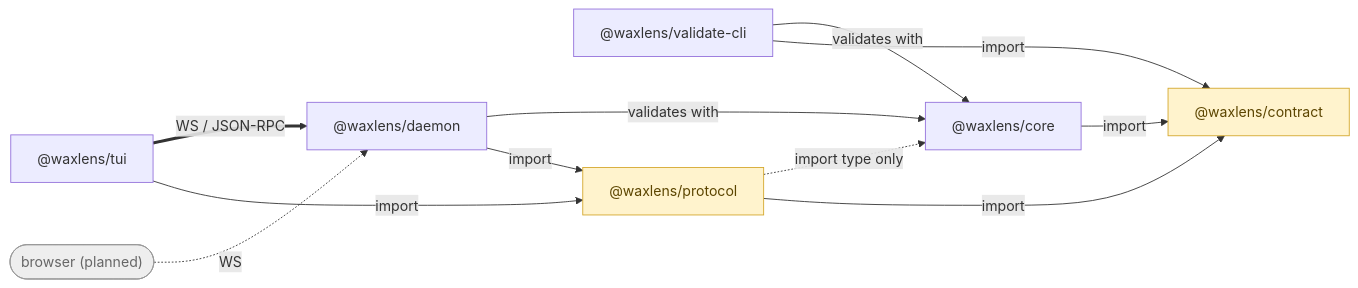
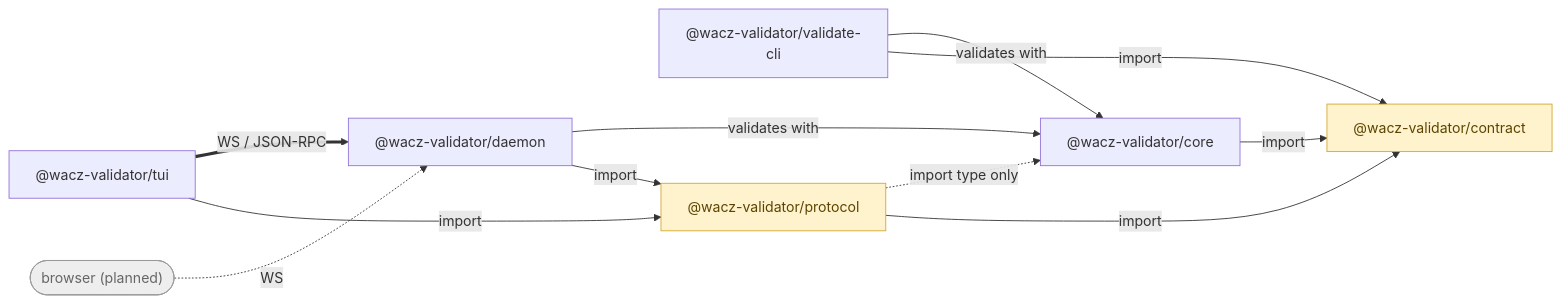
The diagram in docs-site/src/content/docs/architecture.md (uraitakahito/waxlens), drawn with Mermaid before and after one commit. The commit also changed other lines of this file and 118 other files, not shown here.

First line of the commit message:
rename: waxlens → wacz-validator (#219)

````diff
--- a/docs-site/src/content/docs/architecture.md
+++ b/docs-site/src/content/docs/architecture.md
@@ -27,18 +27,18 @@
 ```mermaid
 flowchart LR
-    tui["@waxlens/tui"] ==>|"WS / JSON-RPC"| daemon["@waxlens/daemon"]
+    tui["@wacz-validator/tui"] ==>|"WS / JSON-RPC"| daemon["@wacz-validator/daemon"]
     browser(["browser (planned)"]) -.->|"WS"| daemon
-    cli["@waxlens/validate-cli"] -->|validates with| core["@waxlens/core"]
+    cli["@wacz-validator/validate-cli"] -->|validates with| core["@wacz-validator/core"]
     daemon -->|validates with| core
-    tui -->|import| protocol["@waxlens/protocol"]
+    tui -->|import| protocol["@wacz-validator/protocol"]
     daemon -->|import| protocol
     protocol -.->|"import type only"| core
-    core -->|import| shared["@waxlens/contract"]
+    core -->|import| shared["@wacz-validator/contract"]
     protocol -->|import| shared
     cli -->|import| shared
 
     classDef shared fill:#fff3cd,stroke:#d4a72c,color:#5c4500;
     classDef future fill:#eeeeee,stroke:#999999,color:#666666;
     class shared,protocol shared;
     class browser future;
 ```
````
